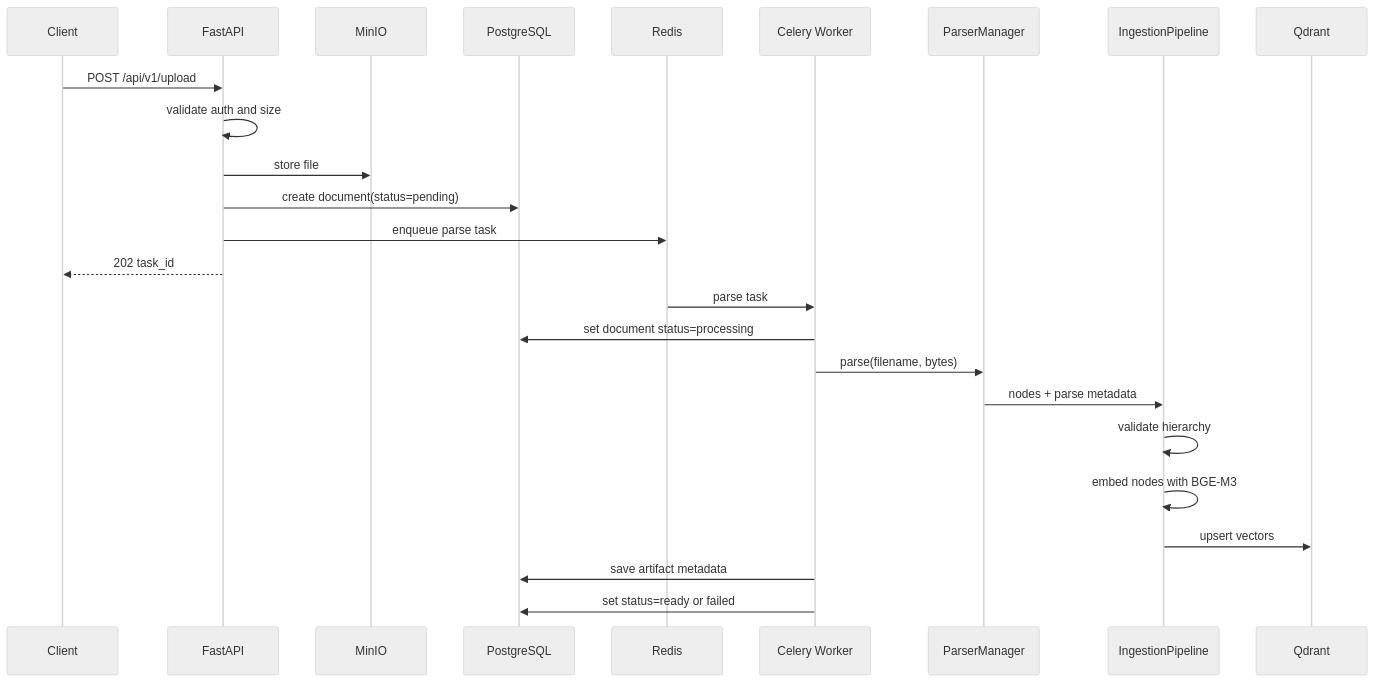
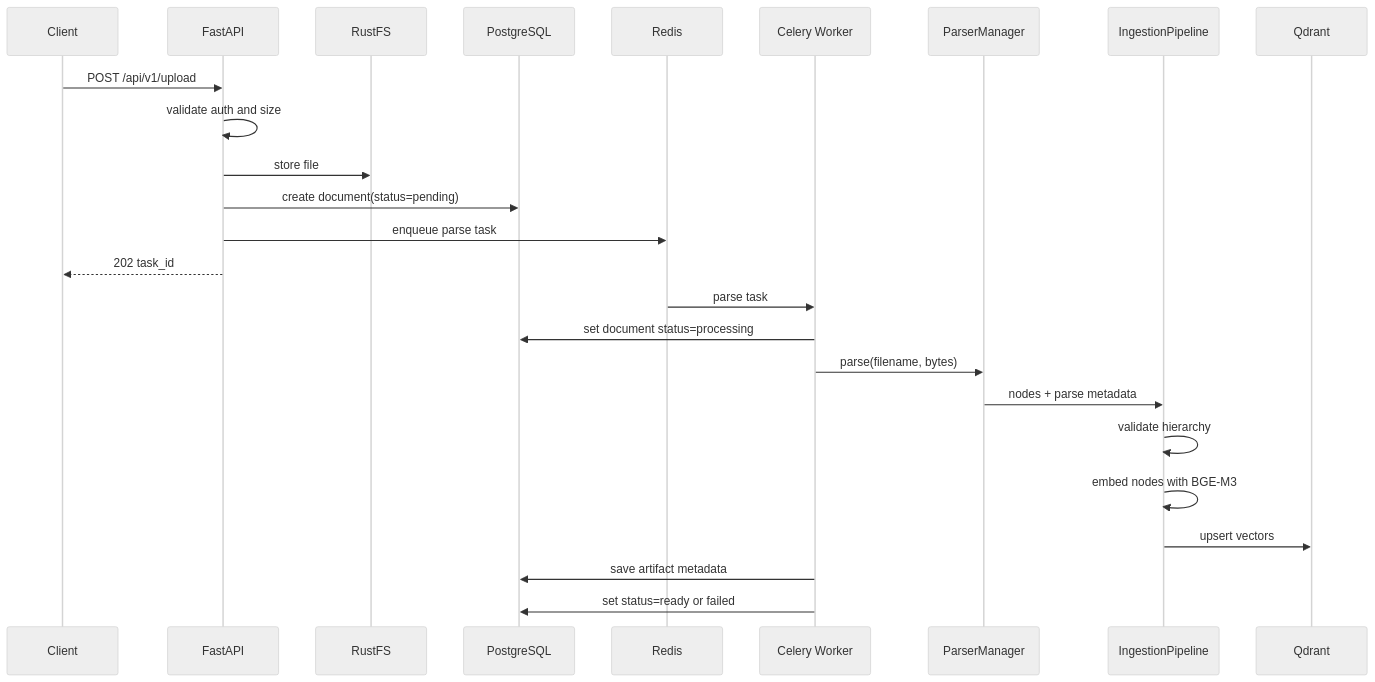
Before and after one commit to qtuanph/chatbot-rag: the first of 3 diagrams in docs/03_CORE_WORKFLOWS.md, drawn with Mermaid (neutral theme). The commit also changed 13 other files, not shown here.

Commit message:
feat: Migrate storage backend from MinIO to RustFS and update related configurations

````diff
--- a/docs/03_CORE_WORKFLOWS.md
+++ b/docs/03_CORE_WORKFLOWS.md
@@ -7,29 +7,29 @@
 ```mermaid
 sequenceDiagram
     participant Client
     participant API as FastAPI
-    participant MinIO
+    participant RustFS
     participant DB as PostgreSQL
     participant Redis
     participant Worker as Celery Worker
     participant Parser as ParserManager
     participant Pipeline as IngestionPipeline
     participant Qdrant
 
     Client->>API: POST /api/v1/upload
     API->>API: validate auth and size
-    API->>MinIO: store file
+    API->>RustFS: store file
     API->>DB: create document(status=pending)
     API->>Redis: enqueue parse task
     API-->>Client: 202 task_id
 
     Redis->>Worker: parse task
     Worker->>DB: set document status=processing
     Worker->>Parser: parse(filename, bytes)
     Parser->>Pipeline: nodes + parse metadata
     Pipeline->>Pipeline: validate hierarchy
     Pipeline->>Pipeline: embed nodes with BGE-M3
     Pipeline->>Qdrant: upsert vectors
     Worker->>DB: save artifact metadata
     Worker->>DB: set status=ready or failed
 ```
````
